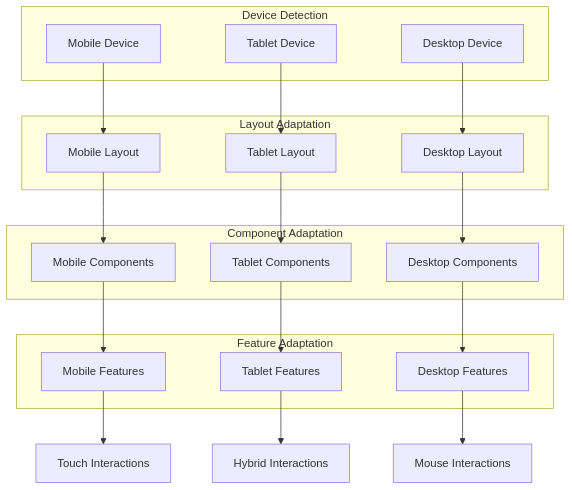
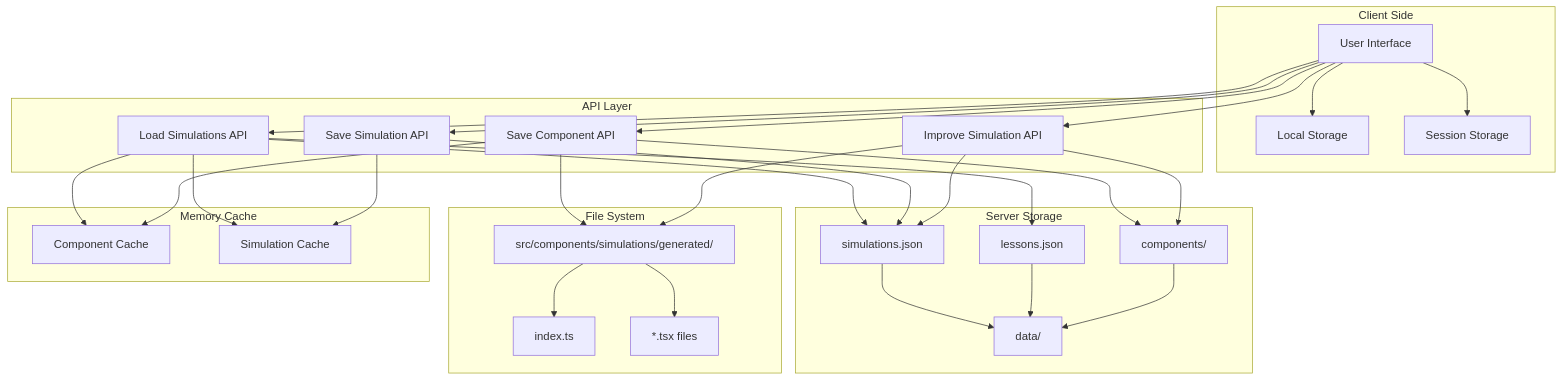
Diagram 11 of 12 in Design.md (thetrungdtt/MathMind), drawn with Mermaid before and after one commit. The commit also changed other lines of this file, not shown here.

````diff
--- a/Design.md
+++ b/Design.md
@@ -735,42 +1197,63 @@
 ```mermaid
-flowchart TD
-    subgraph "Device Detection"
-        Mobile[Mobile Device]
-        Tablet[Tablet Device]
-        Desktop[Desktop Device]
+graph TB
+    subgraph "Client Side"
+        UI[User Interface]
+        LocalStorage[Local Storage]
+        SessionStorage[Session Storage]
     end
     
-    subgraph "Layout Adaptation"
-        MobileLayout[Mobile Layout]
-        TabletLayout[Tablet Layout]
-        DesktopLayout[Desktop Layout]
+    subgraph "API Layer"
+        LoadAPI[Load Simulations API]
+        SaveAPI[Save Simulation API]
+        CompAPI[Save Component API]
+        ImproveAPI[Improve Simulation API]
     end
     
-    subgraph "Component Adaptation"
-        MobileComp[Mobile Components]
-        TabletComp[Tablet Components]
-        DesktopComp[Desktop Components]
+    subgraph "Server Storage"
+        SimFile[simulations.json]
+        LessonFile[lessons.json]
+        CompDir[components/]
+        DataDir[data/]
     end
     
-    subgraph "Feature Adaptation"
-        MobileFeatures[Mobile Features]
-        TabletFeatures[Tablet Features]
-        DesktopFeatures[Desktop Features]
+    subgraph "File System"
+        GeneratedDir[src/components/simulations/generated/]
+        RegistryFile[index.ts]
+        ComponentFiles[*.tsx files]
     end
     
-    Mobile --> MobileLayout
-    Tablet --> TabletLayout
-    Desktop --> DesktopLayout
+    subgraph "Memory Cache"
+        ComponentCache[Component Cache]
+        SimCache[Simulation Cache]
+    end
     
-    MobileLayout --> MobileComp
-    TabletLayout --> TabletComp
-    DesktopLayout --> DesktopComp
+    UI --> LocalStorage
+    UI --> SessionStorage
     
-    MobileComp --> MobileFeatures
-    TabletComp --> TabletFeatures
-    DesktopComp --> DesktopFeatures
+    UI --> LoadAPI
+    UI --> SaveAPI
+    UI --> CompAPI
+    UI --> ImproveAPI
     
-    MobileFeatures --> Touch[Touch Interactions]
-    TabletFeatures --> Hybrid[Hybrid Interactions]
-    DesktopFeatures --> Mouse[Mouse Interactions]
+    LoadAPI --> SimFile
+    LoadAPI --> LessonFile
+    SaveAPI --> SimFile
+    CompAPI --> CompDir
+    ImproveAPI --> SimFile
+    ImproveAPI --> CompDir
+    
+    SimFile --> DataDir
+    LessonFile --> DataDir
+    CompDir --> DataDir
+    
+    CompAPI --> GeneratedDir
+    ImproveAPI --> GeneratedDir
+    
+    GeneratedDir --> RegistryFile
+    GeneratedDir --> ComponentFiles
+    
+    LoadAPI --> ComponentCache
+    LoadAPI --> SimCache
+    SaveAPI --> SimCache
+    CompAPI --> ComponentCache
 ```
````
